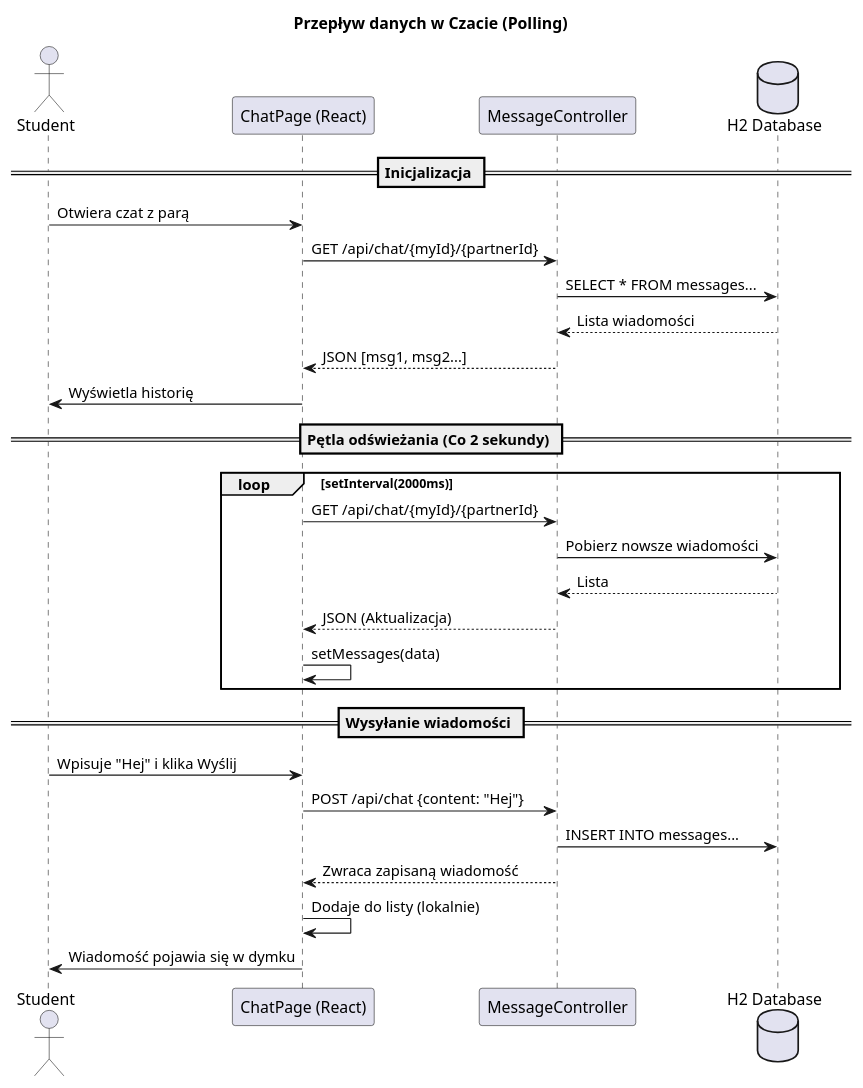
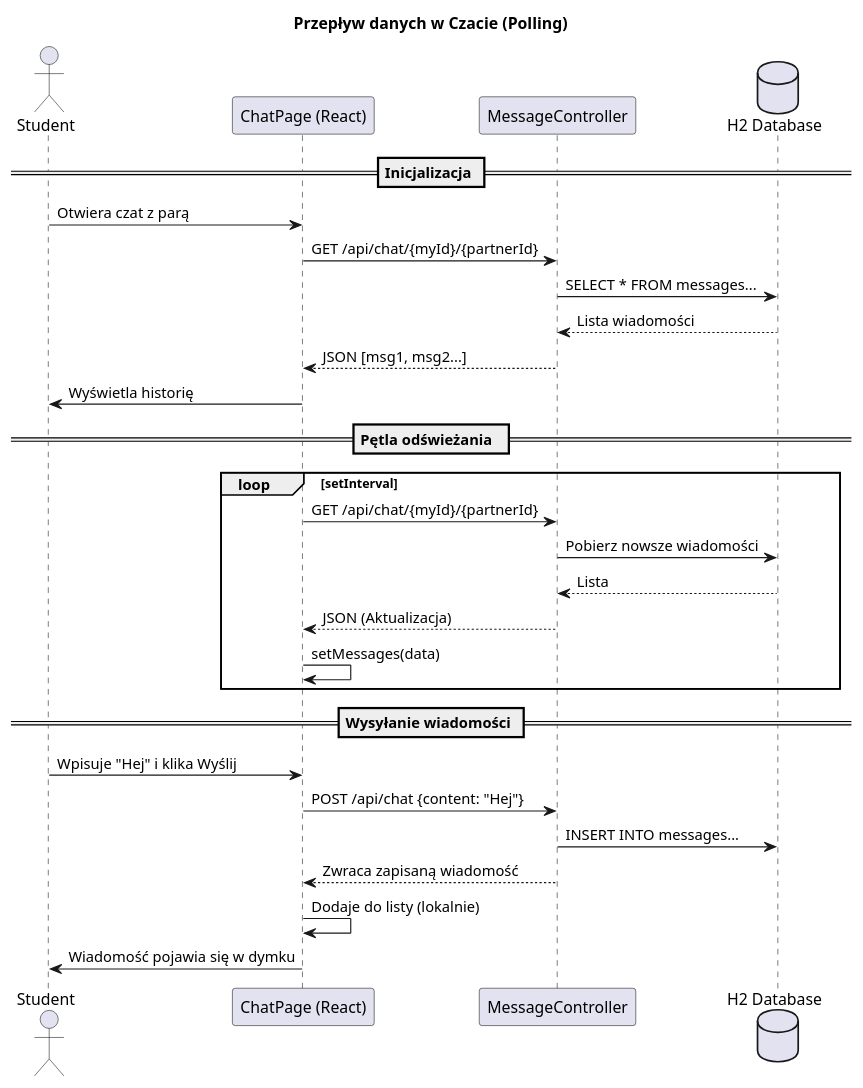
The diagram in Dokumentacja/diagram_sekwencji.puml (ceslinka/UsosMatch), drawn with PlantUML before and after one commit.

Commit message:
Komentarze

```diff
--- a/Dokumentacja/diagram_sekwencji.puml
+++ b/Dokumentacja/diagram_sekwencji.puml
@@ -1,34 +1,34 @@
 @startuml
 title Przepływ danych w Czacie (Polling)
 
 actor Student
 participant "ChatPage (React)" as Frontend
 participant "MessageController" as Backend
 database "H2 Database" as DB
 
 == Inicjalizacja ==
 Student -> Frontend : Otwiera czat z parą
 Frontend -> Backend : GET /api/chat/{myId}/{partnerId}
 Backend -> DB : SELECT * FROM messages...
 DB --> Backend : Lista wiadomości
 Backend --> Frontend : JSON [msg1, msg2...]
 Frontend -> Student : Wyświetla historię
 
-== Pętla odświeżania (Co 2 sekundy) ==
-loop setInterval(2000ms)
+== Pętla odświeżania  ==
+loop setInterval
     Frontend -> Backend : GET /api/chat/{myId}/{partnerId}
     Backend -> DB : Pobierz nowsze wiadomości
     DB --> Backend : Lista
     Backend --> Frontend : JSON (Aktualizacja)
     Frontend -> Frontend : setMessages(data)
 end
 
 == Wysyłanie wiadomości ==
 Student -> Frontend : Wpisuje "Hej" i klika Wyślij
 Frontend -> Backend : POST /api/chat {content: "Hej"}
 Backend -> DB : INSERT INTO messages...
 Backend --> Frontend : Zwraca zapisaną wiadomość
 Frontend -> Frontend : Dodaje do listy (lokalnie)
 Frontend -> Student : Wiadomość pojawia się w dymku
 
 @enduml
```
